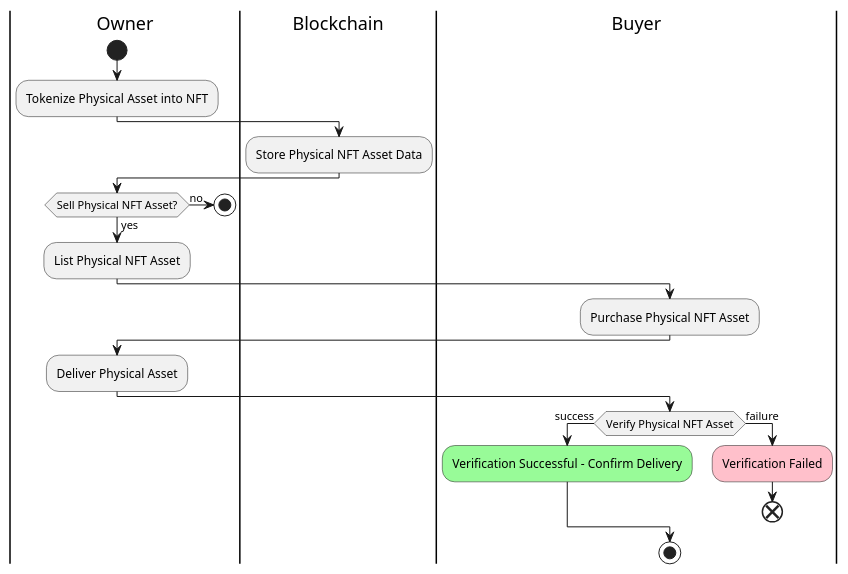
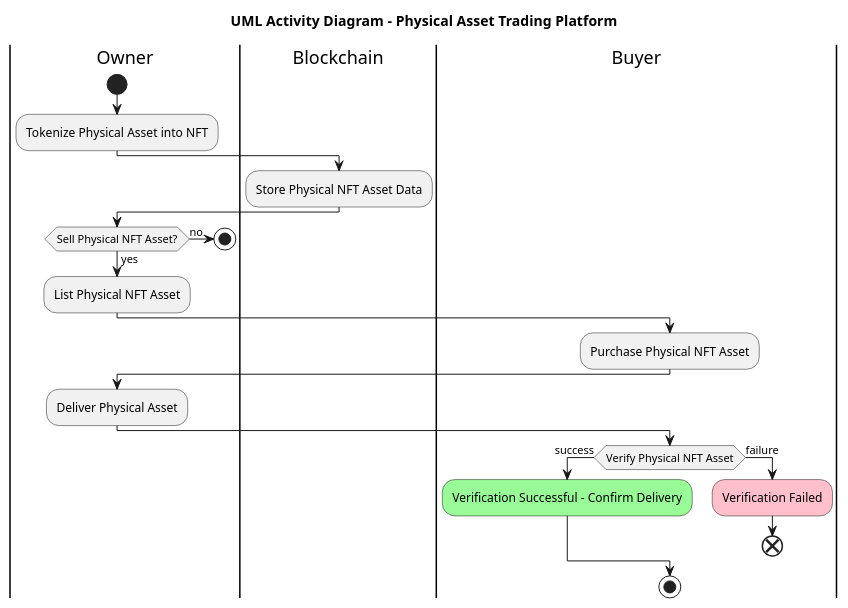
Before and after one commit to bee-force/phygital-bee-token2: the diagram in src/plantumldiagrams/activity.plantuml, drawn with PlantUML. The commit also changed 2 other files, not shown here.

```diff
--- a/src/plantumldiagrams/activity.plantuml
+++ b/src/plantumldiagrams/activity.plantuml
@@ -1,25 +1,28 @@
 @startuml activity0
+
+title UML Activity Diagram - Physical Asset Trading Platform
+
 |Owner|
 start
 :Tokenize Physical Asset into NFT;
 |Blockchain|
 :Store Physical NFT Asset Data;
 |Owner|
 if (Sell Physical NFT Asset?) then (yes)
   :List Physical NFT Asset;
 else (no)
   stop
 endif
 |Buyer|
 :Purchase Physical NFT Asset;
 |Owner|
 :Deliver Physical Asset;
 |Buyer|
 if (Verify Physical NFT Asset) then (success)
   #palegreen:Verification Successful - Confirm Delivery;
 else (failure)
   #pink:Verification Failed;
   end
 endif
 stop
 @enduml
```
